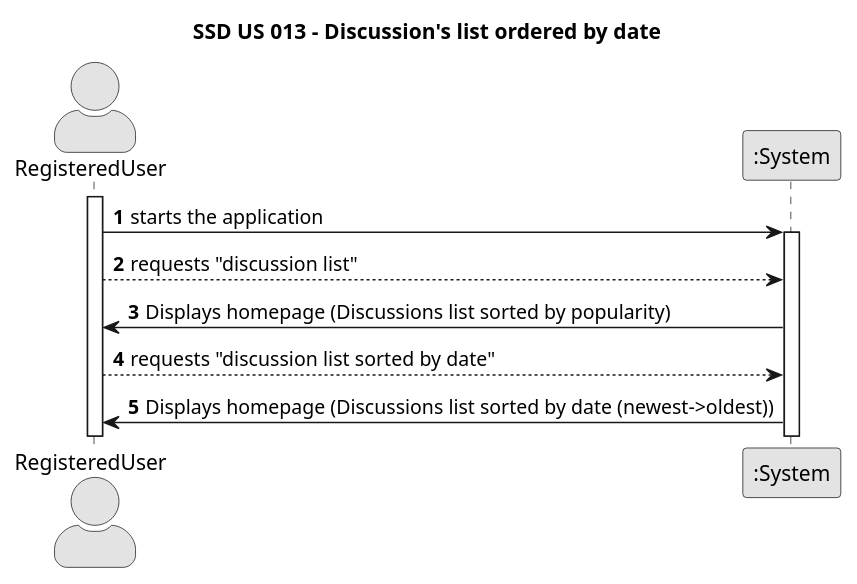
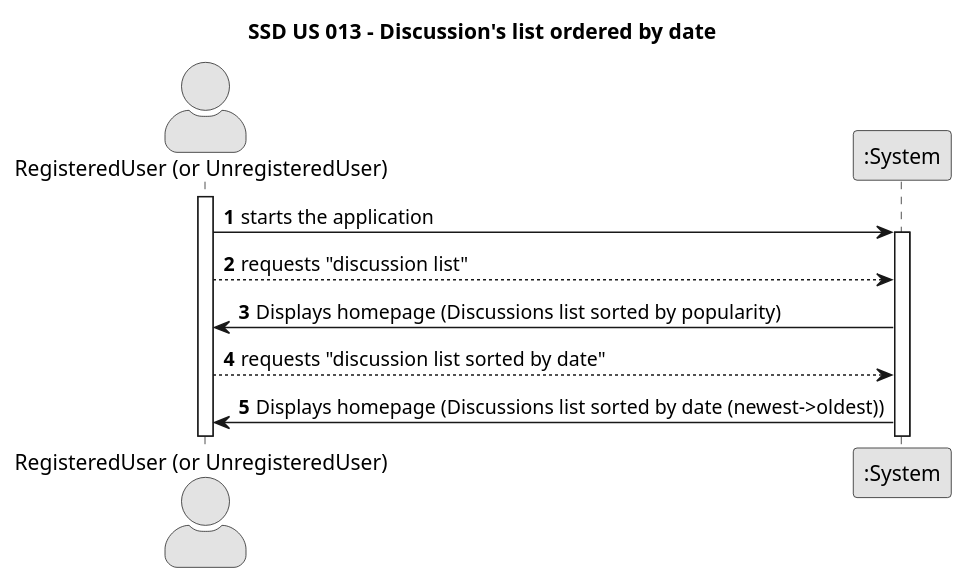
Before and after one commit to TiagoMagalhaes1232507/Testando-projeto: the diagram in docs/sprint01/us013/01.requirements-engineering/puml/us013-system-sequence-diagram-alternative-one.puml, drawn with PlantUML. The commit also changed 7 other files, not shown here.

```diff
--- a/docs/sprint01/us013/01.requirements-engineering/puml/us013-system-sequence-diagram-alternative-one.puml
+++ b/docs/sprint01/us013/01.requirements-engineering/puml/us013-system-sequence-diagram-alternative-one.puml
@@ -1,25 +1,25 @@
 @startuml
 skinparam monochrome true
 skinparam packageStyle rectangle
 skinparam shadowing false
 skinparam actorStyle awesome
 
 title SSD US 013 - Discussion's list ordered by date
 
 autonumber
 
-actor "RegisteredUser" as User
+actor "RegisteredUser (or UnregisteredUser)" as User
 participant ":System" as System
 
 activate User
 
   User -> System: starts the application
   activate System
 
     User --> System: requests "discussion list"
   System -> User: Displays homepage (Discussions list sorted by popularity)
 
   User --> System: requests "discussion list sorted by date"
   System -> User: Displays homepage (Discussions list sorted by date (newest->oldest))
 
 @enduml
```
